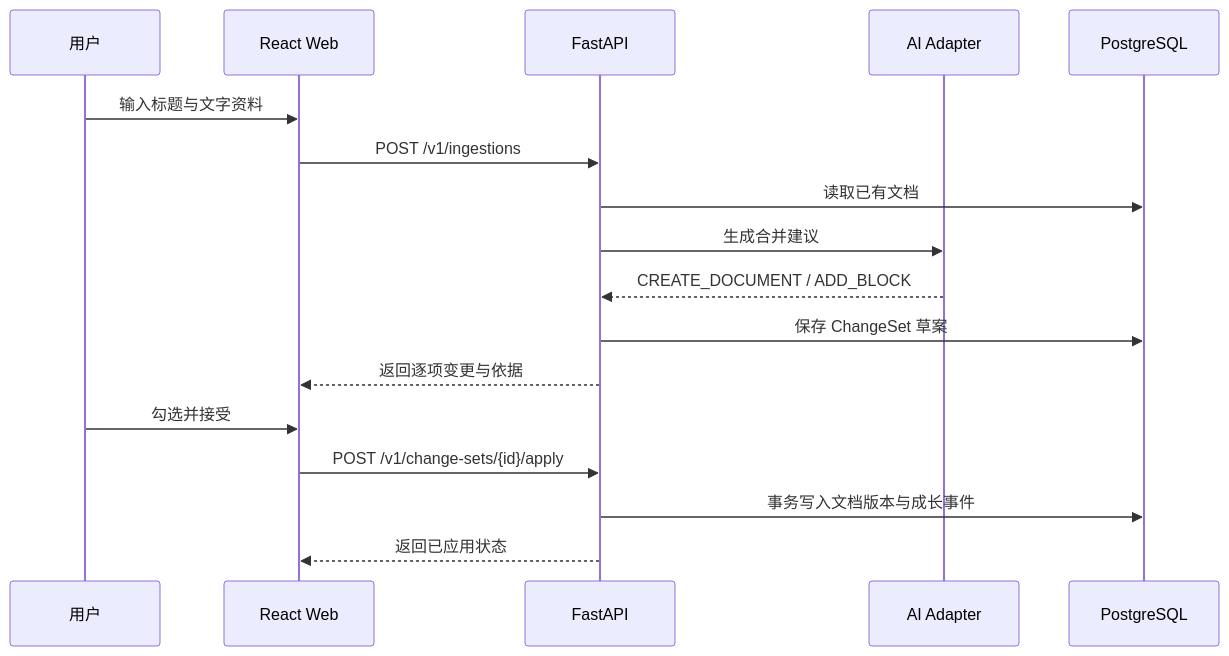
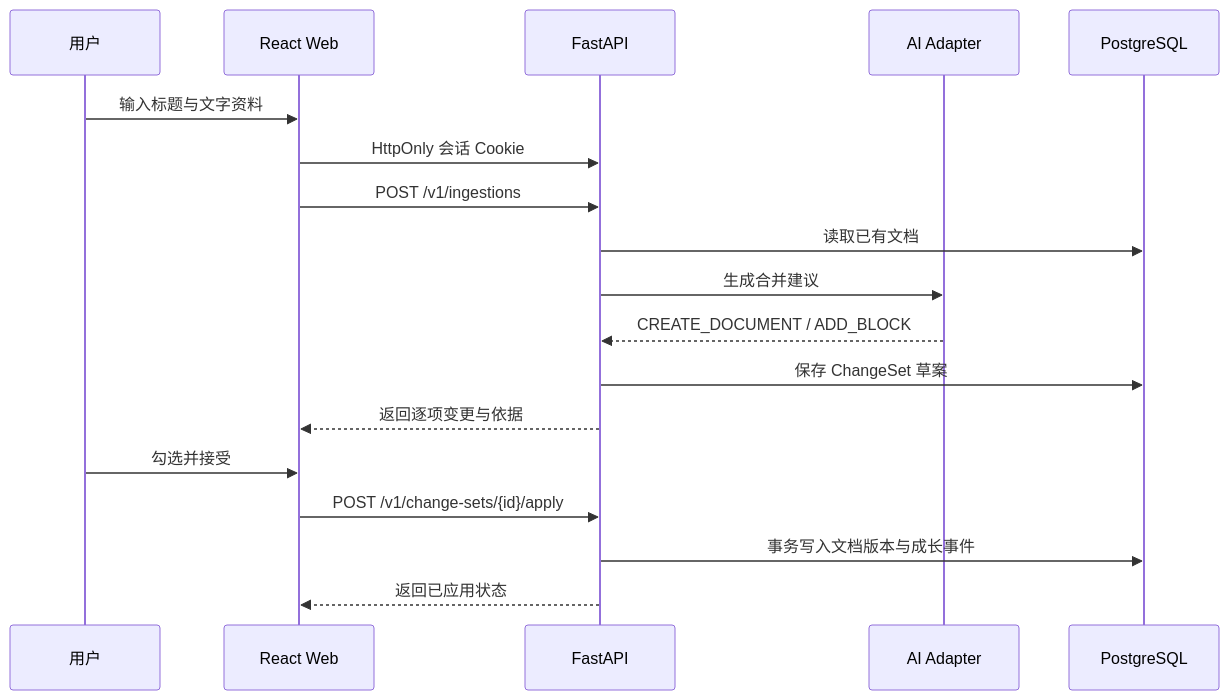
Before and after one commit to ki-211/Nerva: the diagram in docs/ARCHITECTURE.md, drawn with Mermaid. The commit also changed other lines of this file and 28 other files, not shown here.

````diff
--- a/docs/ARCHITECTURE.md
+++ b/docs/ARCHITECTURE.md
@@ -48,20 +48,21 @@
 ```mermaid
 sequenceDiagram
     participant User as 用户
     participant Web as React Web
     participant API as FastAPI
     participant AI as AI Adapter
     participant DB as PostgreSQL
 
     User->>Web: 输入标题与文字资料
+    Web->>API: HttpOnly 会话 Cookie
     Web->>API: POST /v1/ingestions
     API->>DB: 读取已有文档
     API->>AI: 生成合并建议
     AI-->>API: CREATE_DOCUMENT / ADD_BLOCK
     API->>DB: 保存 ChangeSet 草案
     API-->>Web: 返回逐项变更与依据
     User->>Web: 勾选并接受
     Web->>API: POST /v1/change-sets/{id}/apply
     API->>DB: 事务写入文档版本与成长事件
     API-->>Web: 返回已应用状态
 ```
````
